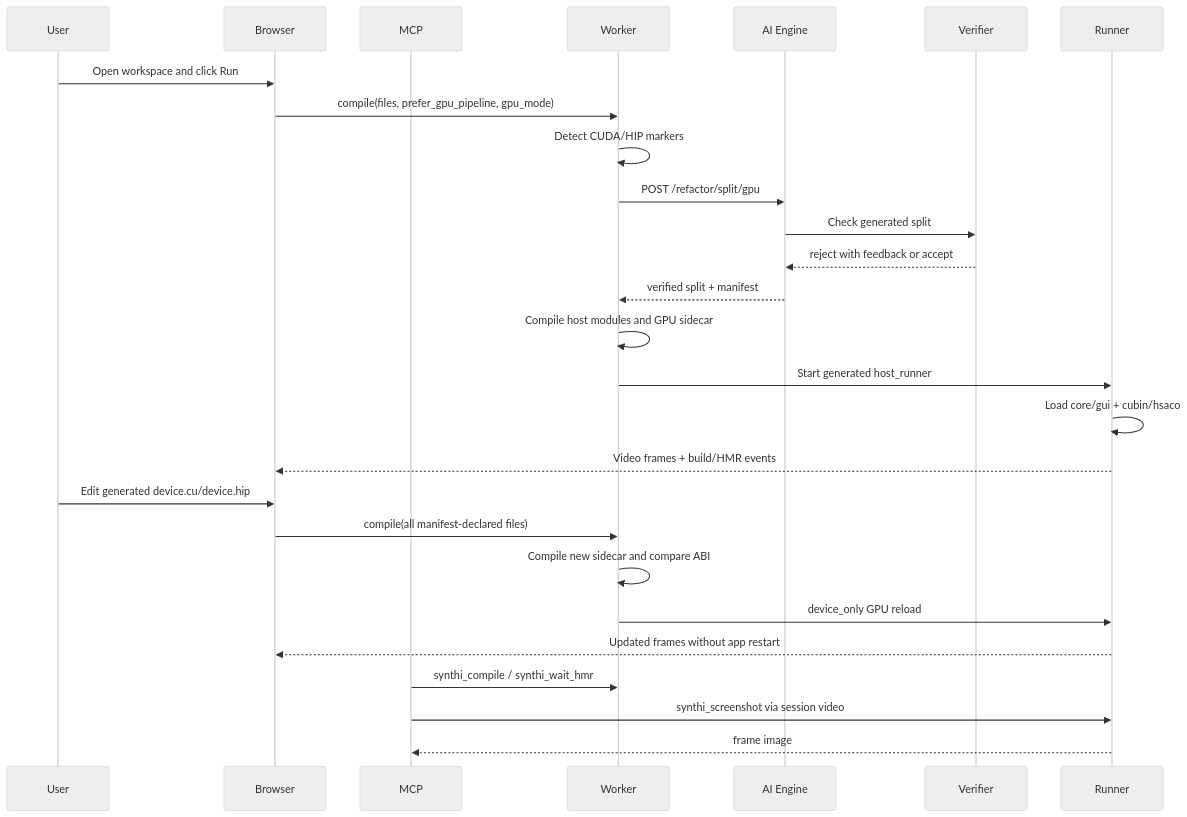
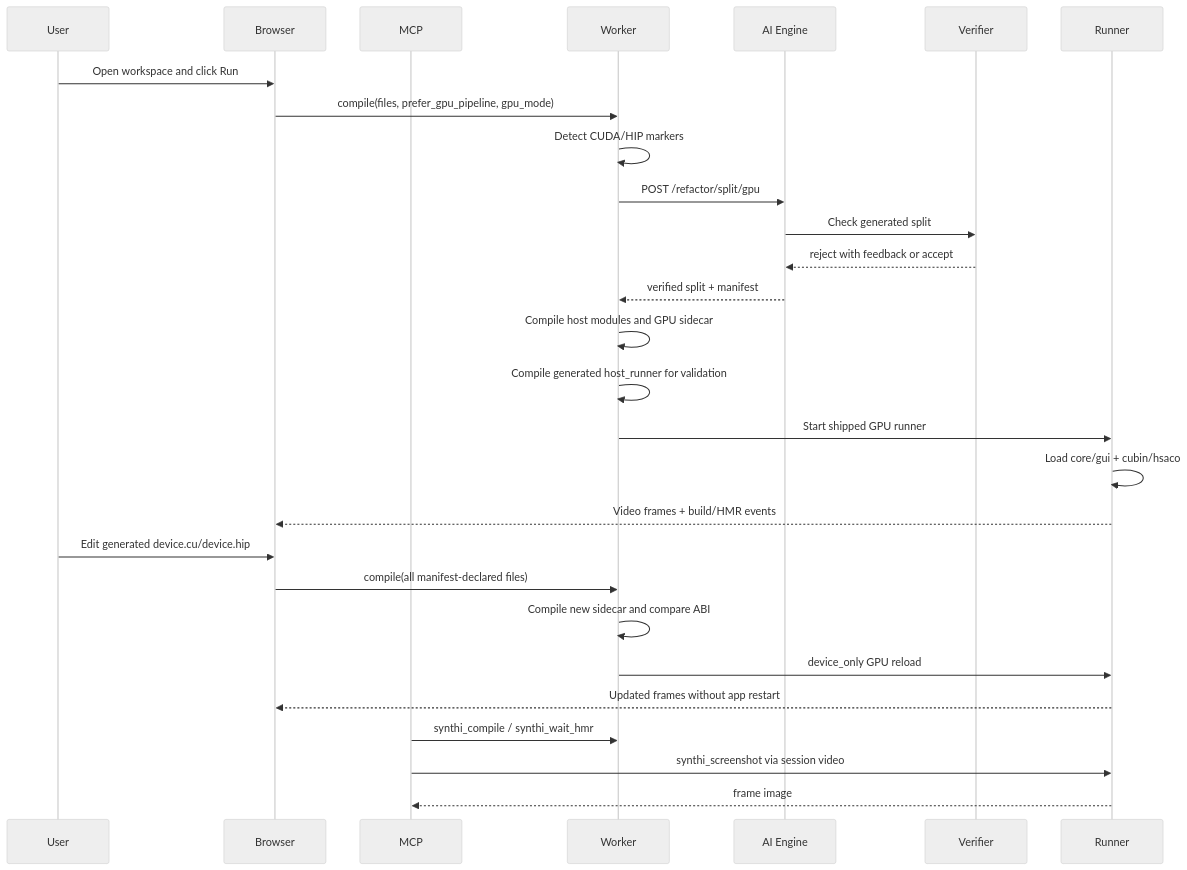
The diagram in docs/GPU_HMR_IN_DEPTH_FLOW.md (aleksandarkolev-st/vectant), drawn with Mermaid (neutral theme) before and after one commit. The commit also changed other lines of this file and 2 other files, not shown here.

Commit message:
docs(gpu-hmr): clarify runner boundary

````diff
--- a/docs/GPU_HMR_IN_DEPTH_FLOW.md
+++ b/docs/GPU_HMR_IN_DEPTH_FLOW.md
@@ -66,32 +71,33 @@
 ```mermaid
 sequenceDiagram
     participant User
     participant Browser
     participant MCP
     participant Worker
     participant AI as AI Engine
     participant Verifier
     participant Runner
 
     User->>Browser: Open workspace and click Run
     Browser->>Worker: compile(files, prefer_gpu_pipeline, gpu_mode)
     Worker->>Worker: Detect CUDA/HIP markers
     Worker->>AI: POST /refactor/split/gpu
     AI->>Verifier: Check generated split
     Verifier-->>AI: reject with feedback or accept
     AI-->>Worker: verified split + manifest
     Worker->>Worker: Compile host modules and GPU sidecar
-    Worker->>Runner: Start generated host_runner
+    Worker->>Worker: Compile generated host_runner for validation
+    Worker->>Runner: Start shipped GPU runner
     Runner->>Runner: Load core/gui + cubin/hsaco
     Runner-->>Browser: Video frames + build/HMR events
 
     User->>Browser: Edit generated device.cu/device.hip
     Browser->>Worker: compile(all manifest-declared files)
     Worker->>Worker: Compile new sidecar and compare ABI
     Worker->>Runner: device_only GPU reload
     Runner-->>Browser: Updated frames without app restart
 
     MCP->>Worker: synthi_compile / synthi_wait_hmr
     MCP->>Runner: synthi_screenshot via session video
     Runner-->>MCP: frame image
 ```
````
